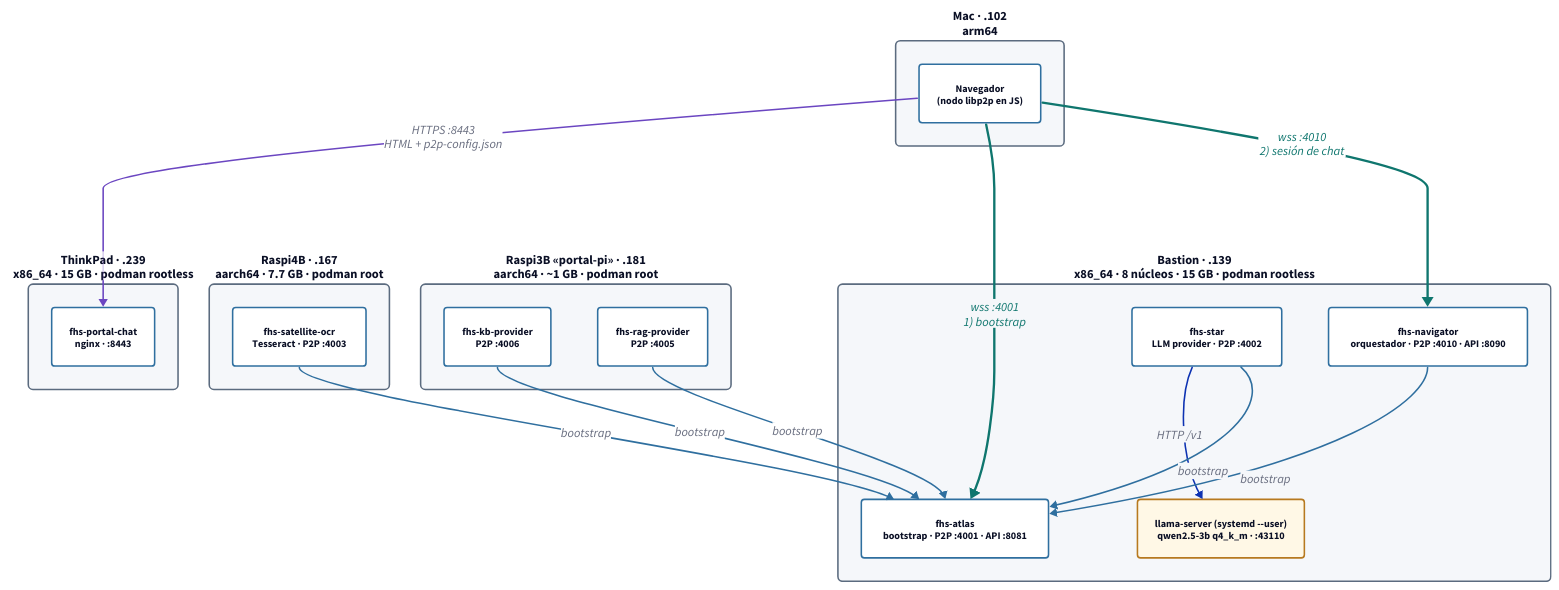
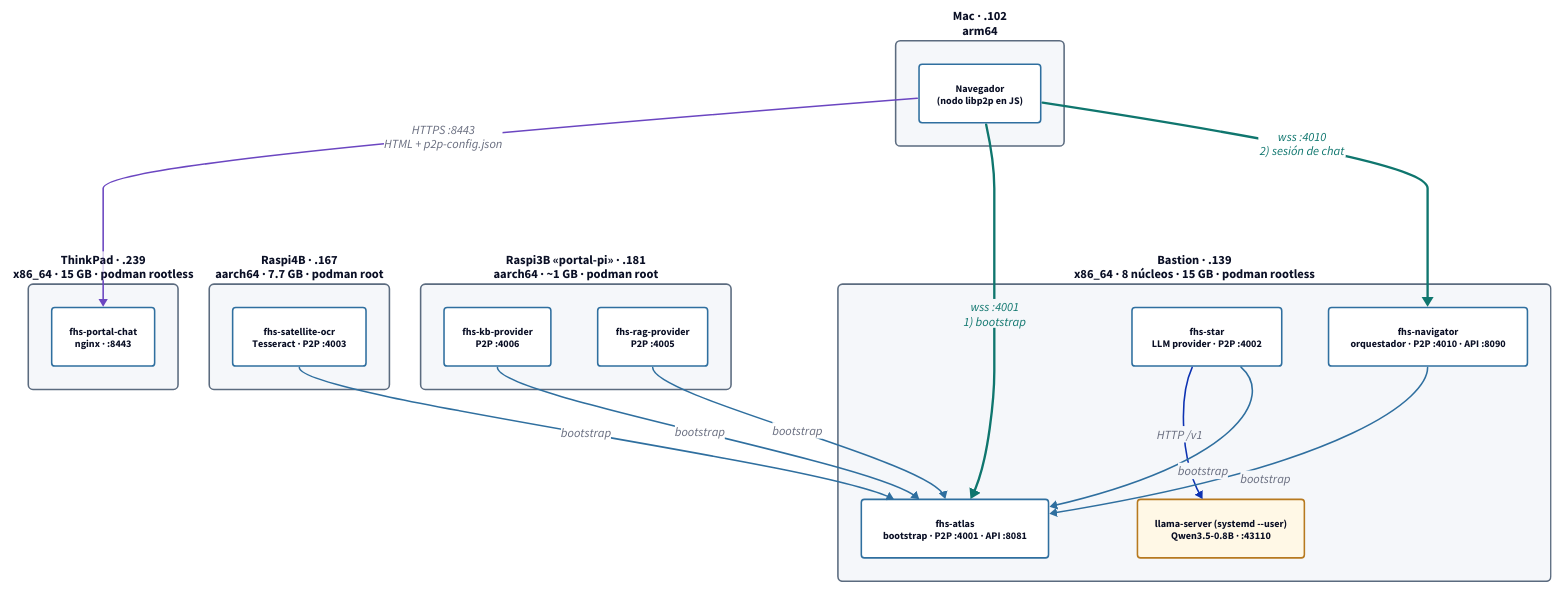
Before and after one commit to rafex/galaxIA-gitops: the diagram in docs/diagramas/topologia.d2, drawn with D2. The commit also changed 5 other files, not shown here.

```diff
--- a/docs/diagramas/topologia.d2
+++ b/docs/diagramas/topologia.d2
@@ -1,97 +1,97 @@
 # Topología de la PoC — qué corre dónde y quién habla con quién
 # Red soberana 192.168.1.0/24 (router OpenWrt 192.168.1.1). El acceso SSH
 # de operación está aparte: acceso-operacion.d2
 # Regenerar: scripts/render-diagramas.sh
 
 direction: down
 
 classes: {
   host: {
     style: {
       fill: "#F5F7FA"
       stroke: "#5B6B7F"
       border-radius: 6
       font-size: 16
       bold: true
     }
   }
   svc: {
     style: {
       fill: "#FFFFFF"
       stroke: "#2F6F9F"
       border-radius: 4
       font-size: 13
     }
   }
   llm: {
     style: {
       fill: "#FFF8E6"
       stroke: "#B7791F"
       border-radius: 4
       font-size: 13
     }
   }
   p2p: {
     style: {
       stroke: "#2F6F9F"
       stroke-width: 2
     }
   }
   browser: {
     style: {
       stroke: "#0F766E"
       stroke-width: 3
       font-color: "#0F766E"
     }
   }
   web: {
     style: {
       stroke: "#6B46C1"
       stroke-width: 2
     }
   }
 }
 
 mac: "Mac · .102\narm64" {
   class: host
   navegador: "Navegador\n(nodo libp2p en JS)" {class: svc}
 }
 
 thinkpad: "ThinkPad · .239\nx86_64 · 15 GB · podman rootless" {
   class: host
   portal: "fhs-portal-chat\nnginx · :8443" {class: svc}
 }
 
 bastion: "Bastion · .139\nx86_64 · 8 núcleos · 15 GB · podman rootless" {
   class: host
   atlas: "fhs-atlas\nbootstrap · P2P :4001 · API :8081" {class: svc}
   navigator: "fhs-navigator\norquestador · P2P :4010 · API :8090" {class: svc}
   star: "fhs-star\nLLM provider · P2P :4002" {class: svc}
-  llama: "llama-server (systemd --user)\nqwen2.5-3b q4_k_m · :43110" {class: llm}
+  llama: "llama-server (systemd --user)\nQwen3.5-0.8B · :43110" {class: llm}
   star -> llama: "HTTP /v1"
 }
 
 raspi4b: "Raspi4B · .167\naarch64 · 7.7 GB · podman root" {
   class: host
   ocr: "fhs-satellite-ocr\nTesseract · P2P :4003" {class: svc}
 }
 
 raspi3b: "Raspi3B «portal-pi» · .181\naarch64 · ~1 GB · podman root" {
   class: host
   kb: "fhs-kb-provider\nP2P :4006" {class: svc}
   rag: "fhs-rag-provider\nP2P :4005" {class: svc}
 }
 
 # Web: el navegador baja el portal y su p2p-config.json
 mac.navegador -> thinkpad.portal: "HTTPS :8443\nHTML + p2p-config.json" {class: web}
 
 # P2P: el navegador entra al swarm por Atlas y dialea directo a Navigator
 mac.navegador -> bastion.atlas: "wss :4001\n1) bootstrap" {class: browser}
 mac.navegador -> bastion.navigator: "wss :4010\n2) sesión de chat" {class: browser}
 
 # Cada provider y Navigator se enganchan a Atlas (dialBootstraps con reintento)
 bastion.navigator -> bastion.atlas: "bootstrap" {class: p2p}
 bastion.star -> bastion.atlas: "bootstrap" {class: p2p}
 raspi4b.ocr -> bastion.atlas: "bootstrap" {class: p2p}
 raspi3b.kb -> bastion.atlas: "bootstrap" {class: p2p}
 raspi3b.rag -> bastion.atlas: "bootstrap" {class: p2p}
```
